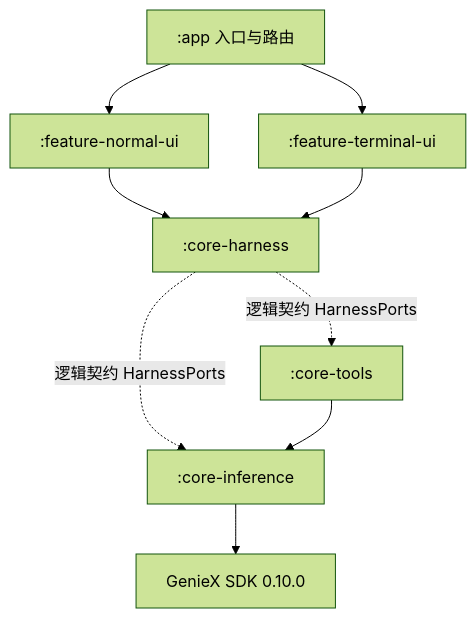
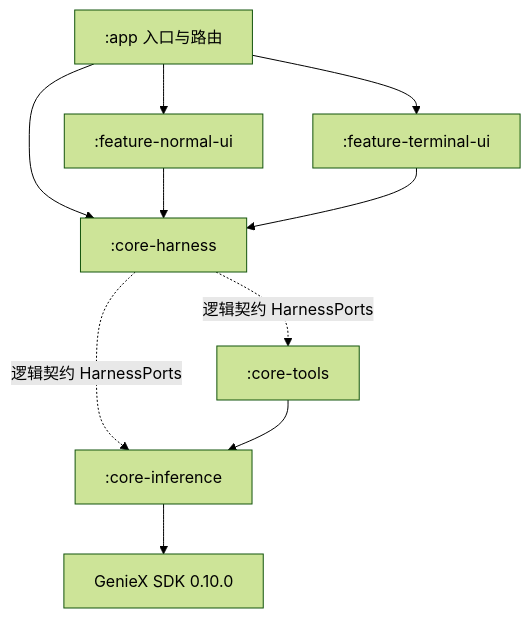
Before and after one commit to Thatgfsj/QAA: the first of 2 diagrams in docs/ARCHITECTURE.md, drawn with Mermaid (forest theme). The commit also changed 19 other files, not shown here.

````diff
--- a/docs/ARCHITECTURE.md
+++ b/docs/ARCHITECTURE.md
@@ -21,11 +21,12 @@
 ```mermaid
 graph TD
     APP[:app 入口与路由] --> NUI[:feature-normal-ui]
     APP --> TUI[:feature-terminal-ui]
-    NUI --> HAR[:core-harness]
+    APP --> HAR[:core-harness]
+    NUI --> HAR
     TUI --> HAR
     HAR -. 逻辑契约 HarnessPorts .-> INF[:core-inference]
     HAR -. 逻辑契约 HarnessPorts .-> TOOL[:core-tools]
     TOOL --> INF
     INF --> GENIEX[GenieX SDK 0.10.0]
 ```
````
